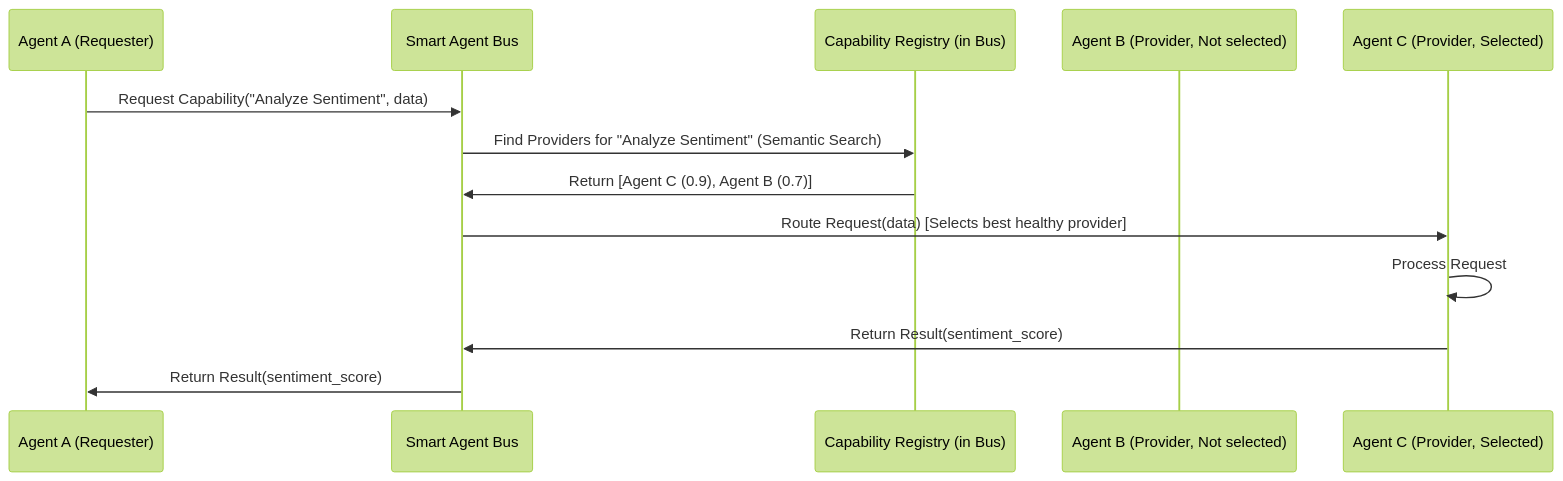
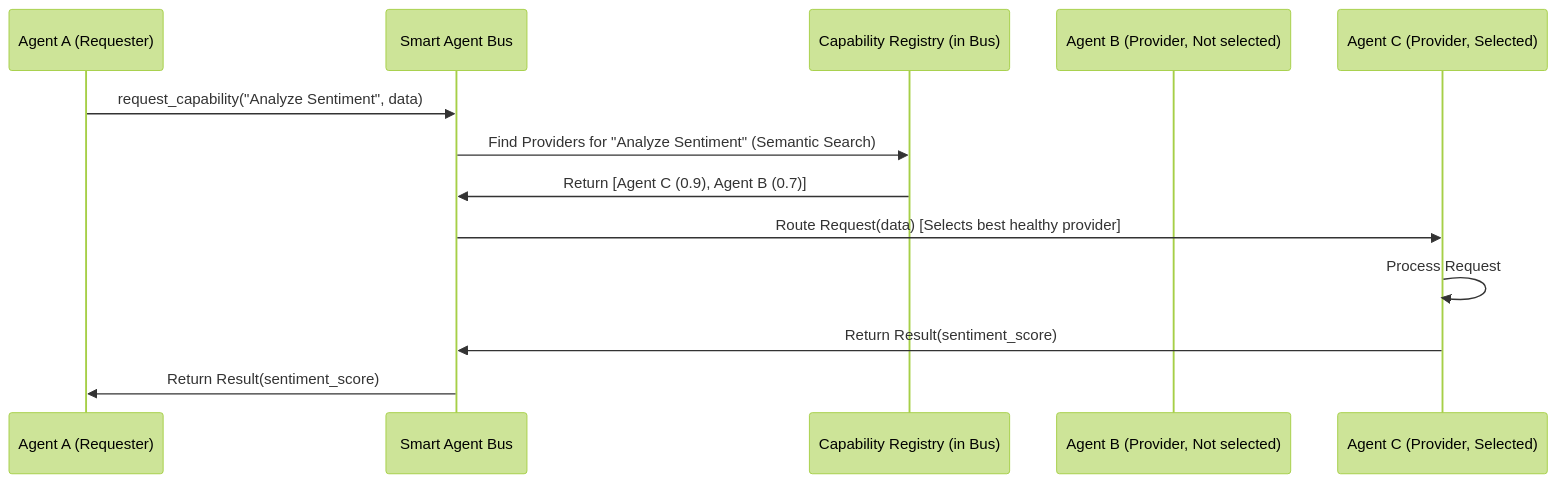
The fifth of 7 diagrams in docs/ARCHITECTURE.md (matiasmolinas/evolving-agents), drawn with Mermaid (forest theme) before and after one commit. The commit also changed other lines of this file and 6 other files, not shown here.

````diff
--- a/docs/ARCHITECTURE.md
+++ b/docs/ARCHITECTURE.md
@@ -164,16 +186,16 @@
 ```mermaid
 sequenceDiagram
     participant AA as Agent A (Requester)
     participant SB as Smart Agent Bus
     participant CR as Capability Registry (in Bus)
     participant AB as Agent B (Provider, Not selected)
     participant AC as Agent C (Provider, Selected)
 
-    AA->>SB: Request Capability("Analyze Sentiment", data)
+    AA->>SB: request_capability("Analyze Sentiment", data)
     SB->>CR: Find Providers for "Analyze Sentiment" (Semantic Search)
     CR->>SB: Return [Agent C (0.9), Agent B (0.7)]
     SB->>AC: Route Request(data) [Selects best healthy provider]
     AC->>AC: Process Request
     AC->>SB: Return Result(sentiment_score)
     SB->>AA: Return Result(sentiment_score)
 ```
````
